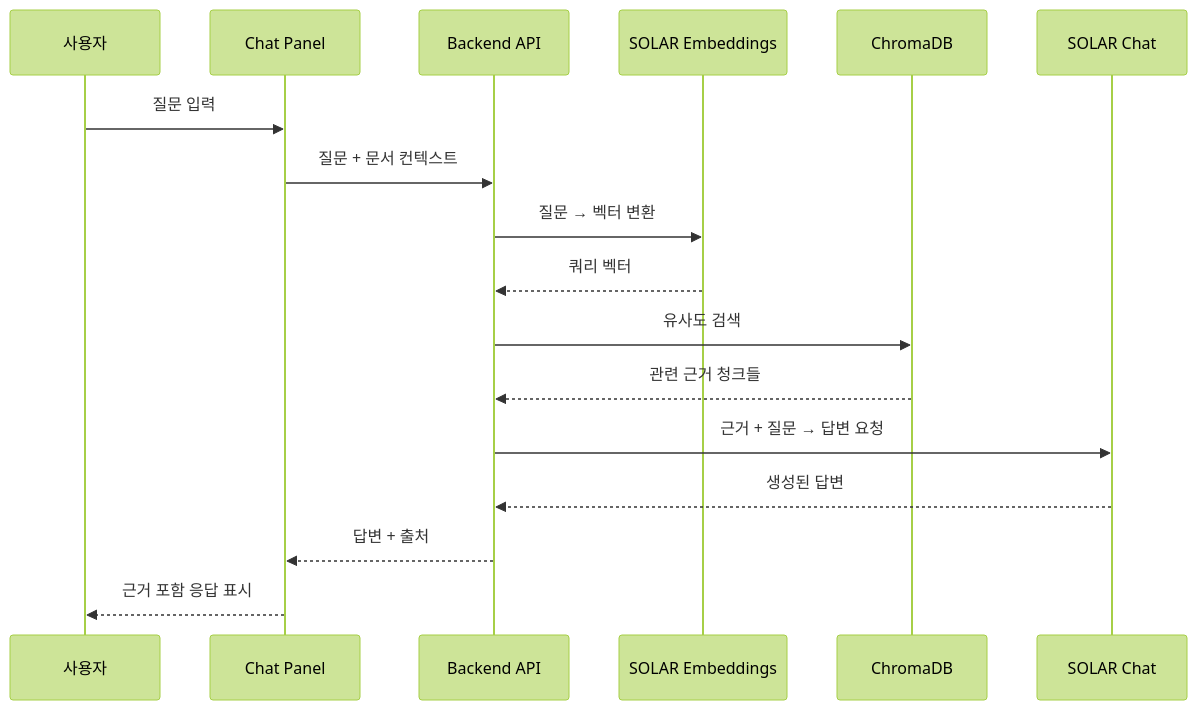
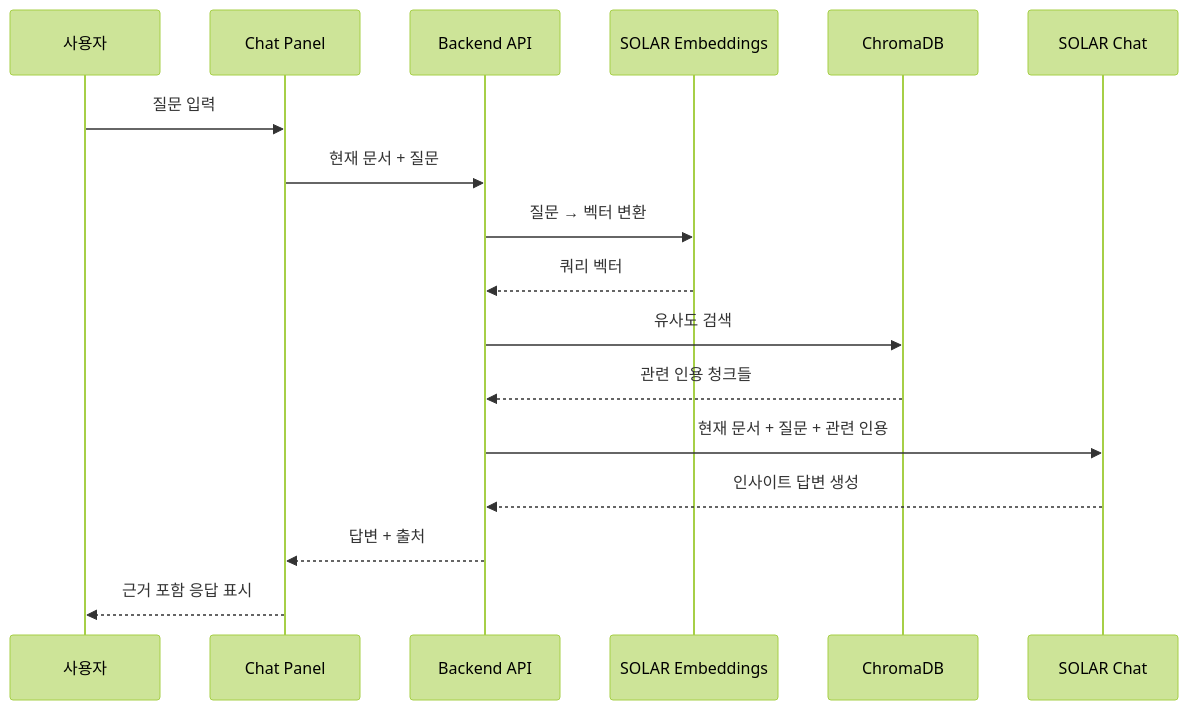
The third of 3 diagrams in content/Articles/Upstage AI Ambassador 2기 1차 project Blog.md (GoBeromsu/Quartaz), drawn with Mermaid (forest theme) before and after one commit. The commit also changed other lines of this file, not shown here.

````diff
--- a/content/Articles/Upstage AI Ambassador 2기 1차 project Blog.md
+++ b/content/Articles/Upstage AI Ambassador 2기 1차 project Blog.md
@@ -136,20 +141,20 @@
 ```mermaid
 sequenceDiagram
     participant U as 사용자
     participant C as Chat Panel
     participant API as Backend API
     participant E as SOLAR Embeddings
     participant DB as ChromaDB
     participant L as SOLAR Chat
 
     U->>C: 질문 입력
-    C->>API: 질문 + 문서 컨텍스트
+    C->>API: 현재 문서 + 질문
     API->>E: 질문 → 벡터 변환
     E-->>API: 쿼리 벡터
     API->>DB: 유사도 검색
-    DB-->>API: 관련 근거 청크들
-    API->>L: 근거 + 질문 → 답변 요청
-    L-->>API: 생성된 답변
+    DB-->>API: 관련 인용 청크들
+    API->>L: 현재 문서 + 질문 + 관련 인용
+    L-->>API: 인사이트 답변 생성
     API-->>C: 답변 + 출처
     C-->>U: 근거 포함 응답 표시
 ```
````
